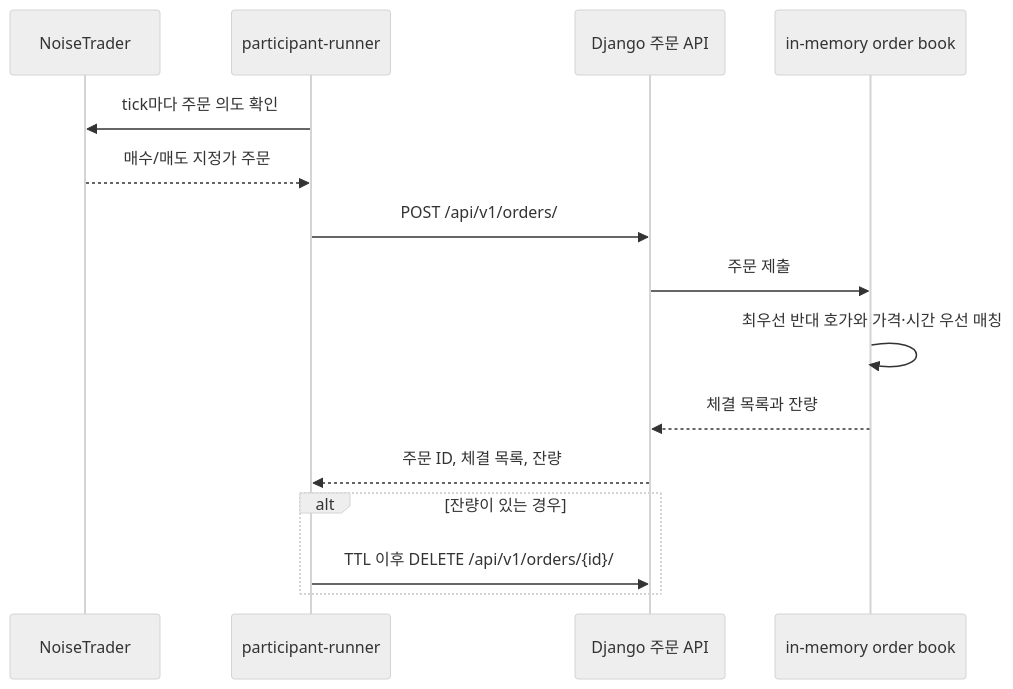
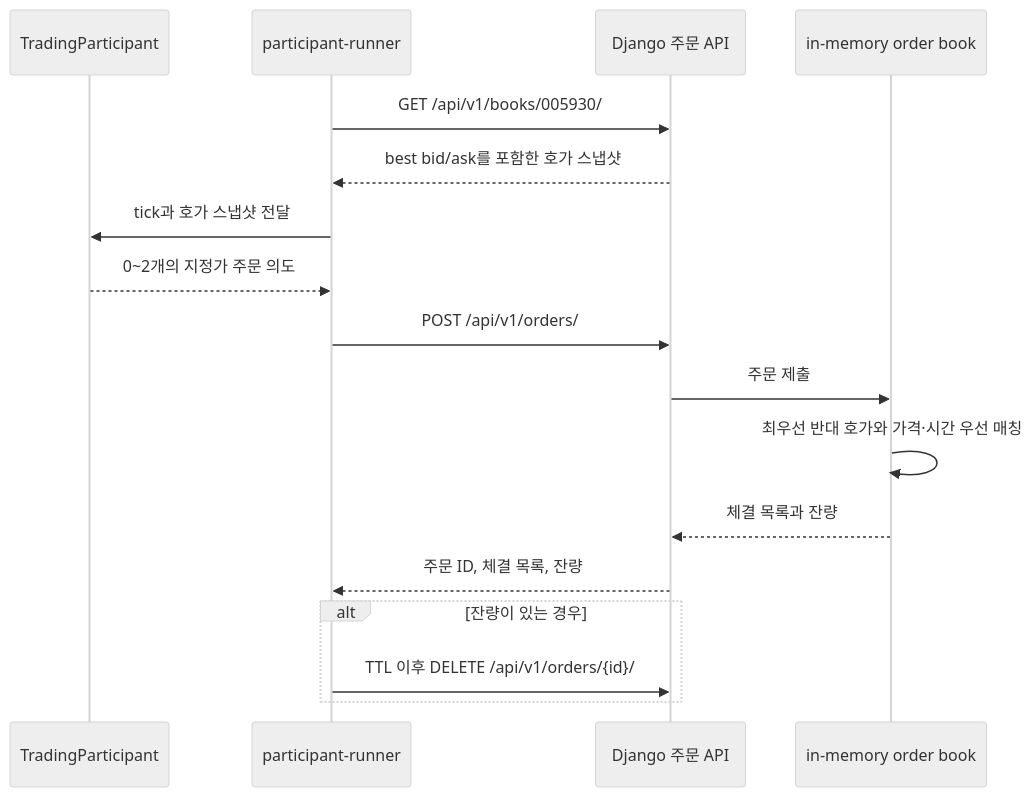
One commit to grademe12/stock-market changed the diagram in docs/PROJECT_OVERVIEW.md. Above: the diagram before and after it, drawn with Mermaid (neutral theme). The commit also changed other lines of this file and 29 other files, not shown here.

````diff
--- a/docs/PROJECT_OVERVIEW.md
+++ b/docs/PROJECT_OVERVIEW.md
@@ -26,18 +26,20 @@
 ```mermaid
 sequenceDiagram
-    participant T as NoiseTrader
+    participant T as TradingParticipant
     participant R as participant-runner
     participant A as Django 주문 API
     participant B as in-memory order book
 
-    R->>T: tick마다 주문 의도 확인
-    T-->>R: 매수/매도 지정가 주문
+    R->>A: GET /api/v1/books/005930/
+    A-->>R: best bid/ask를 포함한 호가 스냅샷
+    R->>T: tick과 호가 스냅샷 전달
+    T-->>R: 0~2개의 지정가 주문 의도
     R->>A: POST /api/v1/orders/
     A->>B: 주문 제출
     B->>B: 최우선 반대 호가와 가격·시간 우선 매칭
     B-->>A: 체결 목록과 잔량
     A-->>R: 주문 ID, 체결 목록, 잔량
     alt 잔량이 있는 경우
         R->>A: TTL 이후 DELETE /api/v1/orders/{id}/
     end
 ```
````
